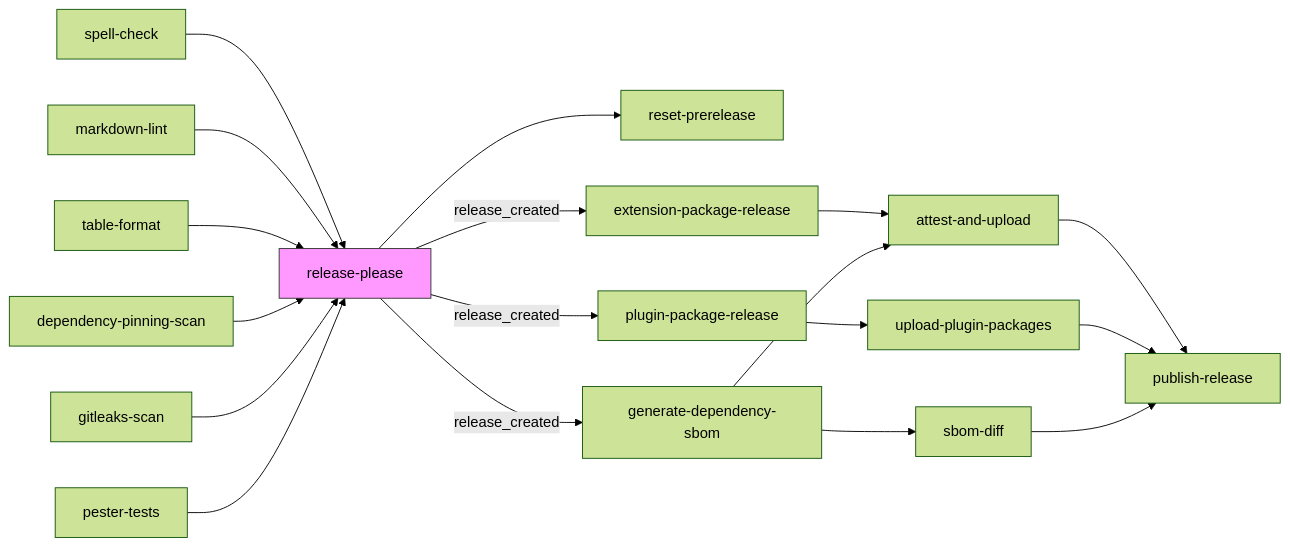
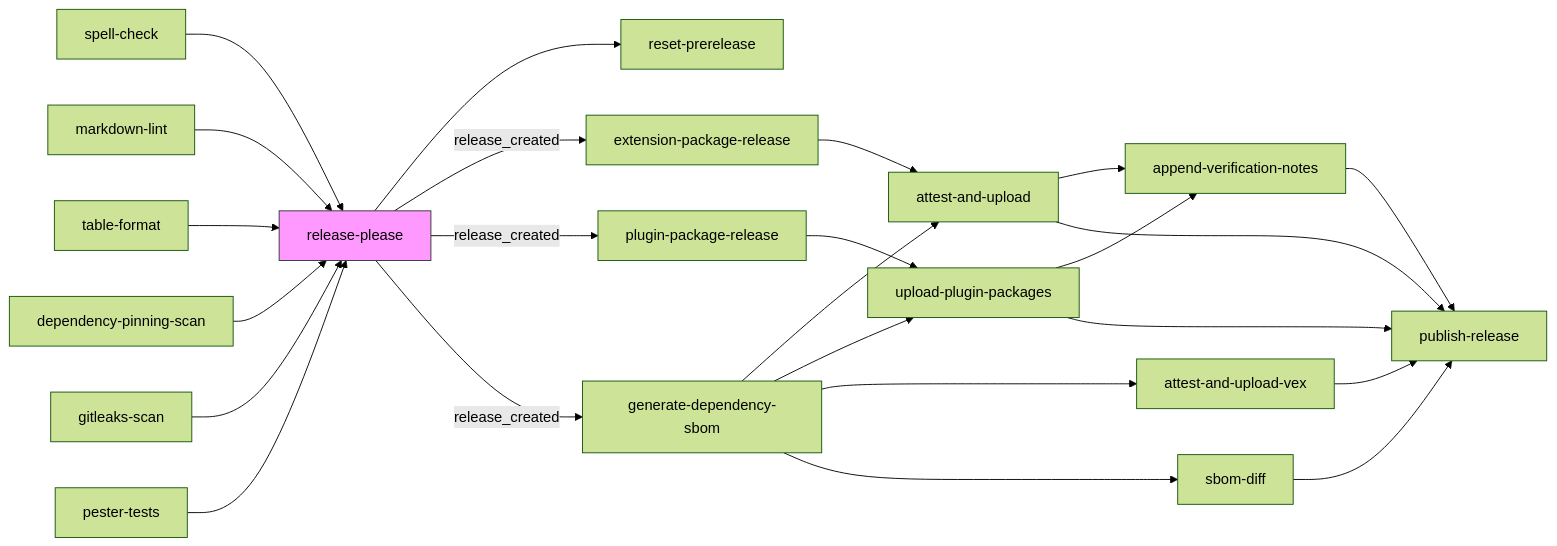
Before and after one commit to microsoft/hve-core: the third of 4 diagrams in docs/architecture/workflows.md, drawn with Mermaid (forest theme). The commit also changed other lines of this file and 1 other file, not shown here.

First line of the commit message:
docs(architecture): document VEX workflows and release attestation

````diff
--- a/docs/architecture/workflows.md
+++ b/docs/architecture/workflows.md
@@ -170,21 +173,27 @@
 ```mermaid
 flowchart LR
     V1[spell-check] --> RP[release-please]
     V2[markdown-lint] --> RP
     V3[table-format] --> RP
     V4[dependency-pinning-scan] --> RP
     V5[gitleaks-scan] --> RP
     V6[pester-tests] --> RP
     RP --> RST[reset-prerelease]
     RP -->|release_created| EPR[extension-package-release]
     RP -->|release_created| PPR[plugin-package-release]
     RP -->|release_created| SBOM[generate-dependency-sbom]
     EPR --> ATT[attest-and-upload]
     SBOM --> ATT
     PPR --> UPP[upload-plugin-packages]
+    SBOM --> UPP
+    SBOM --> AUV[attest-and-upload-vex]
     SBOM --> SD[sbom-diff]
+    ATT --> AVN[append-verification-notes]
+    UPP --> AVN
     ATT --> PUB[publish-release]
     UPP --> PUB
+    AUV --> PUB
     SD --> PUB
+    AVN --> PUB
     style RP fill:#f9f,stroke:#333
 ```
````
